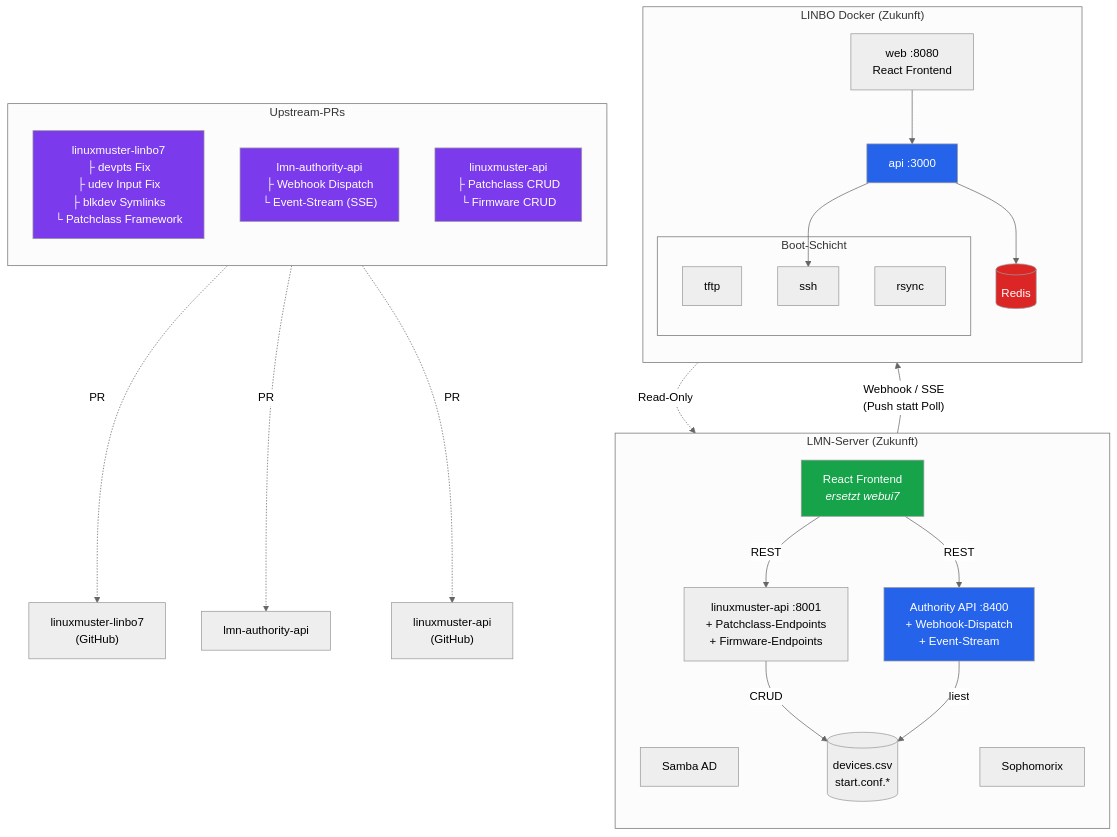
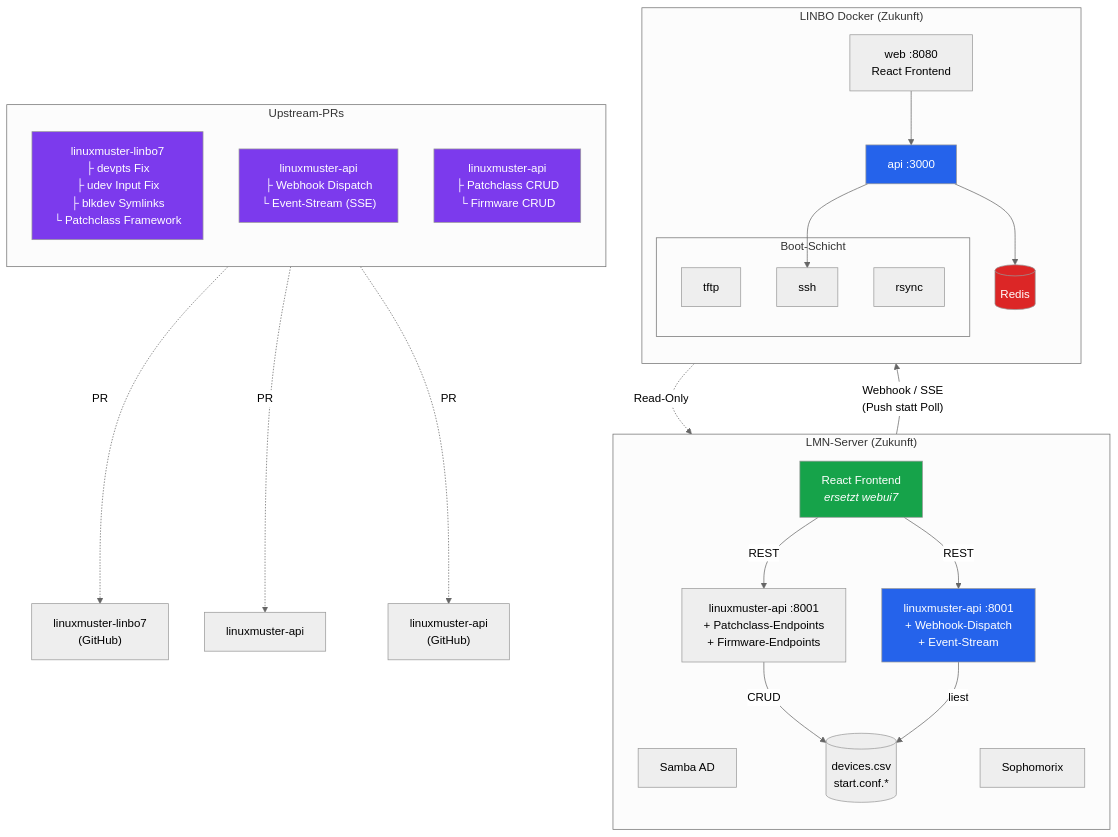
The fourth of 4 diagrams in docs/ARCHITECTURE.md (amolani/linbo-plugin), drawn with Mermaid (neutral theme) before and after one commit. The commit also changed other lines of this file and 23 other files, not shown here.

First line of the commit message:
refactor: remove all legacy Authority API (port 8400) references

````diff
--- a/docs/ARCHITECTURE.md
+++ b/docs/ARCHITECTURE.md
@@ -136,57 +136,57 @@
 ```mermaid
 graph TB
     subgraph LMN_FUTURE["LMN-Server (Zukunft)"]
         direction TB
         AD2["Samba AD"]
         SOPHO2["Sophomorix"]
         REACT_UI["React Frontend<br/><i>ersetzt webui7</i>"]
         LMNAPI2["linuxmuster-api :8001<br/>+ Patchclass-Endpoints<br/>+ Firmware-Endpoints"]
-        AUTH2["Authority API :8400<br/>+ Webhook-Dispatch<br/>+ Event-Stream"]
+        AUTH2["linuxmuster-api :8001<br/>+ Webhook-Dispatch<br/>+ Event-Stream"]
         CSV2[("devices.csv<br/>start.conf.*")]
 
         REACT_UI -->|REST| LMNAPI2
         REACT_UI -->|REST| AUTH2
         LMNAPI2 -->|CRUD| CSV2
         AUTH2 -->|liest| CSV2
     end
 
     subgraph DOCKER_FUTURE["LINBO Docker (Zukunft)"]
         direction TB
 
         subgraph BOOT2["Boot-Schicht"]
             TFTP2["tftp"]
             RSYNC2["rsync"]
             SSH2["ssh"]
         end
 
         REDIS2[("Redis")]
         API2["api :3000"]
         WEB2["web :8080<br/>React Frontend"]
 
         API2 --> REDIS2
         API2 --> SSH2
         WEB2 --> API2
     end
 
     subgraph UPSTREAM["Upstream-PRs"]
         direction TB
         PR1["linuxmuster-linbo7<br/>├ devpts Fix<br/>├ udev Input Fix<br/>├ blkdev Symlinks<br/>└ Patchclass Framework"]
-        PR2["lmn-authority-api<br/>├ Webhook Dispatch<br/>└ Event-Stream (SSE)"]
+        PR2["linuxmuster-api<br/>├ Webhook Dispatch<br/>└ Event-Stream (SSE)"]
         PR3["linuxmuster-api<br/>├ Patchclass CRUD<br/>└ Firmware CRUD"]
     end
 
     AUTH2 -->|"Webhook / SSE<br/>(Push statt Poll)"| API2
     API2 -.->|Read-Only| AUTH2
 
     PR1 -.->|PR| LINBO7["linuxmuster-linbo7<br/>(GitHub)"]
-    PR2 -.->|PR| AUTHREPO["lmn-authority-api"]
+    PR2 -.->|PR| LMNAPIREPO2["linuxmuster-api"]
     PR3 -.->|PR| LMNAPIREPO["linuxmuster-api<br/>(GitHub)"]
 
     style REACT_UI fill:#16a34a,color:#fff
     style AUTH2 fill:#2563eb,color:#fff
     style API2 fill:#2563eb,color:#fff
     style REDIS2 fill:#dc2626,color:#fff
     style PR1 fill:#7c3aed,color:#fff
     style PR2 fill:#7c3aed,color:#fff
     style PR3 fill:#7c3aed,color:#fff
 ```
````
